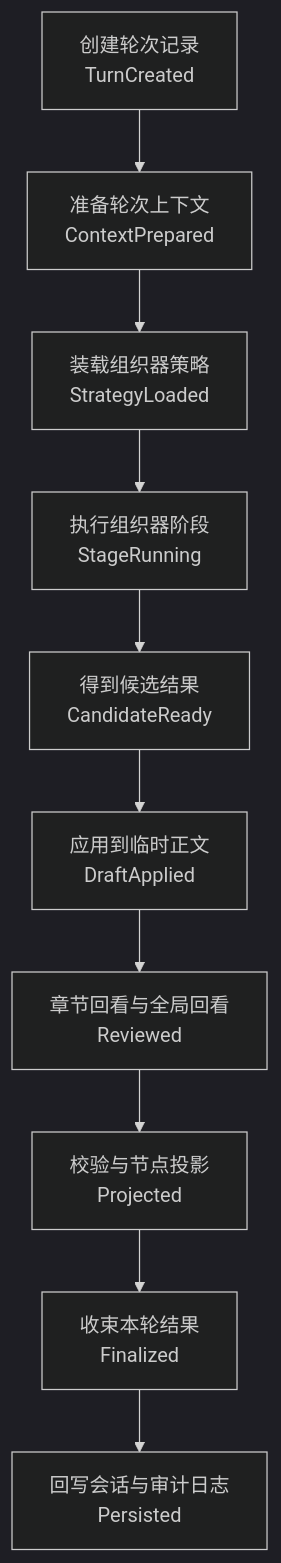
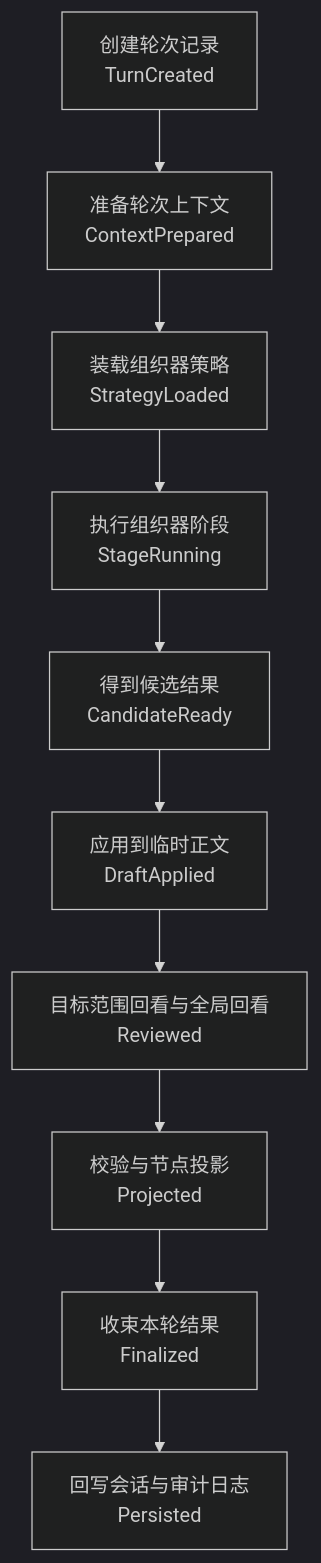
Before and after one commit to wgwtest/CodeFactoryV2: diagram 25 of 35 in DOC/CODEX_DOC/02_设计说明/P2_需求分析系统/P2-需求分析系统设计.md, drawn with Mermaid (dark theme). The commit also changed other lines of this file and 15 other files, not shown here.

````diff
--- a/DOC/CODEX_DOC/02_设计说明/P2_需求分析系统/P2-需求分析系统设计.md
+++ b/DOC/CODEX_DOC/02_设计说明/P2_需求分析系统/P2-需求分析系统设计.md
@@ -3047,15 +3061,15 @@
 ```mermaid
 flowchart TB
   A["创建轮次记录<br/>TurnCreated"]
   B["准备轮次上下文<br/>ContextPrepared"]
   C["装载组织器策略<br/>StrategyLoaded"]
   D["执行组织器阶段<br/>StageRunning"]
   E["得到候选结果<br/>CandidateReady"]
   F["应用到临时正文<br/>DraftApplied"]
-  G["章节回看与全局回看<br/>Reviewed"]
+  G["目标范围回看与全局回看<br/>Reviewed"]
   H["校验与节点投影<br/>Projected"]
   I["收束本轮结果<br/>Finalized"]
   J["回写会话与审计日志<br/>Persisted"]
 
   A --> B --> C --> D --> E --> F --> G --> H --> I --> J
 ```
````
